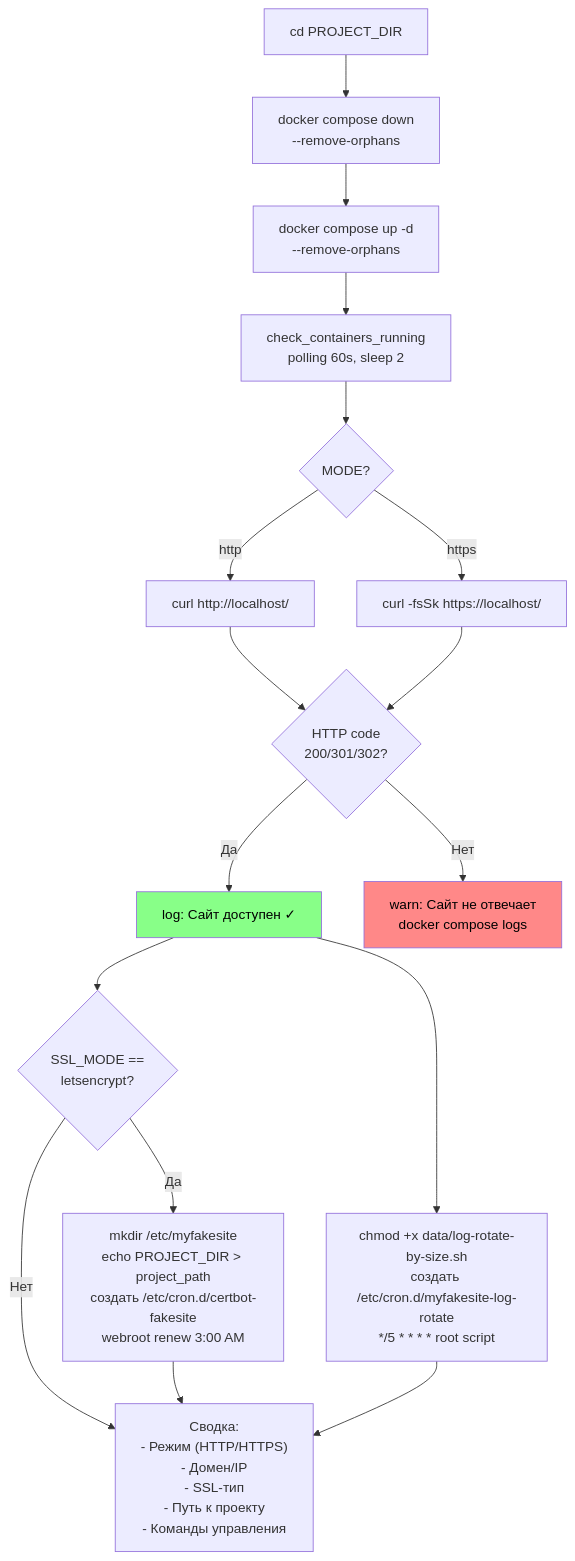
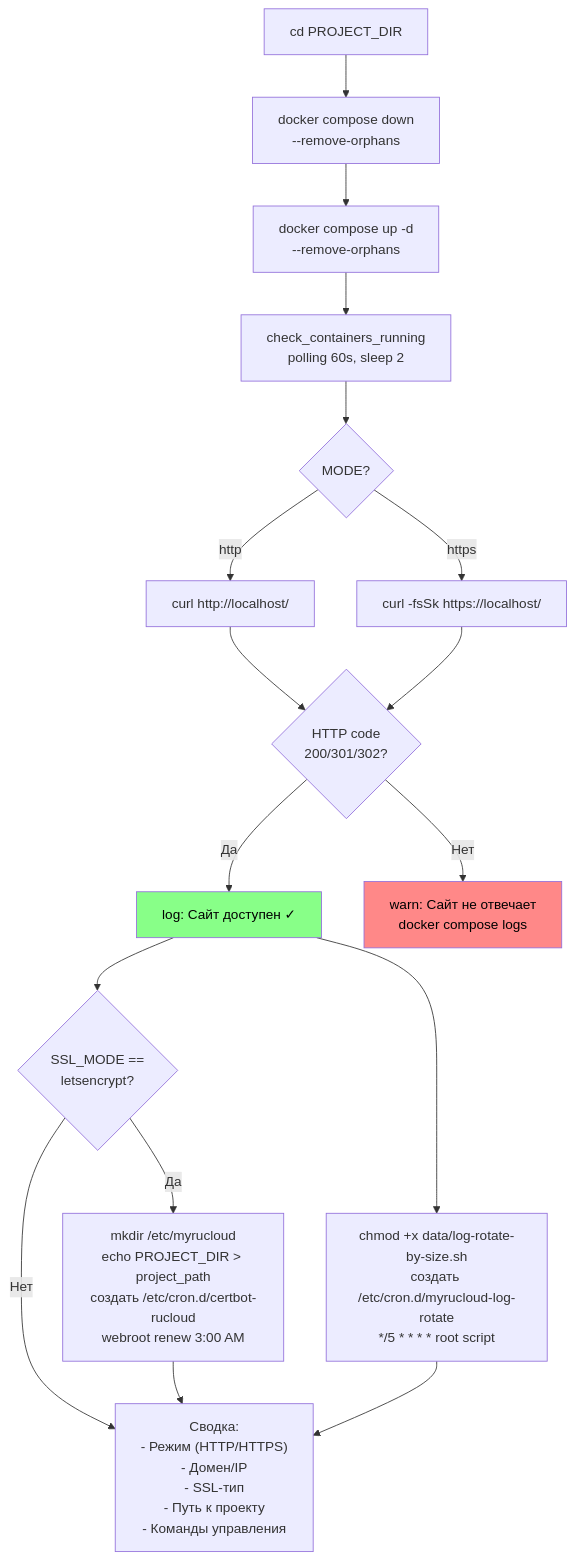
The seventh of 12 diagrams in docs/architecture.md (Armruswest2024/RuCloud), drawn with Mermaid before and after one commit. The commit also changed other lines of this file and 12 other files, not shown here.

````diff
--- a/docs/architecture.md
+++ b/docs/architecture.md
@@ -207,32 +207,32 @@
 ```mermaid
 flowchart TD
   Start5["cd PROJECT_DIR"] --> ComposeDown["docker compose down\n--remove-orphans"]
 
   ComposeDown --> ComposeUp["docker compose up -d\n--remove-orphans"]
 
   ComposeUp --> Wait["check_containers_running\npolling 60s, sleep 2"]
 
   Wait --> ModeCheck5{"MODE?"}
 
   ModeCheck5 -->|http| CurlHTTP["curl http://localhost/"]
   ModeCheck5 -->|https| CurlHTTPS["curl -fsSk https://localhost/"]
 
   CurlHTTP --> HTTPCode{"HTTP code\n200/301/302?"}
   CurlHTTPS --> HTTPCode
 
   HTTPCode -->|Да| Success["log: Сайт доступен ✓"]
   HTTPCode -->|Нет| Fail["warn: Сайт не отвечает\ndocker compose logs"]
 
   Success --> SSLModeCheck{"SSL_MODE ==\nletsencrypt?"}
-  Success --> LogRotateSetup["chmod +x data/log-rotate-by-size.sh\nсоздать /etc/cron.d/myfakesite-log-rotate\n*/5 * * * * root script"]
+  Success --> LogRotateSetup["chmod +x data/log-rotate-by-size.sh\nсоздать /etc/cron.d/myrucloud-log-rotate\n*/5 * * * * root script"]
 
-  SSLModeCheck -->|Да| CertbotSetup["mkdir /etc/myfakesite\necho PROJECT_DIR > project_path\nсоздать /etc/cron.d/certbot-fakesite\nwebroot renew 3:00 AM"]
+  SSLModeCheck -->|Да| CertbotSetup["mkdir /etc/myrucloud\necho PROJECT_DIR > project_path\nсоздать /etc/cron.d/certbot-rucloud\nwebroot renew 3:00 AM"]
   SSLModeCheck -->|Нет| Summary
   CertbotSetup --> Summary
   LogRotateSetup --> Summary
 
   Summary["Сводка:\n- Режим (HTTP/HTTPS)\n- Домен/IP\n- SSL-тип\n- Путь к проекту\n- Команды управления"]
 
   style Success fill:#8f8,color:#000
   style Fail fill:#f88,color:#000
 ```
````
